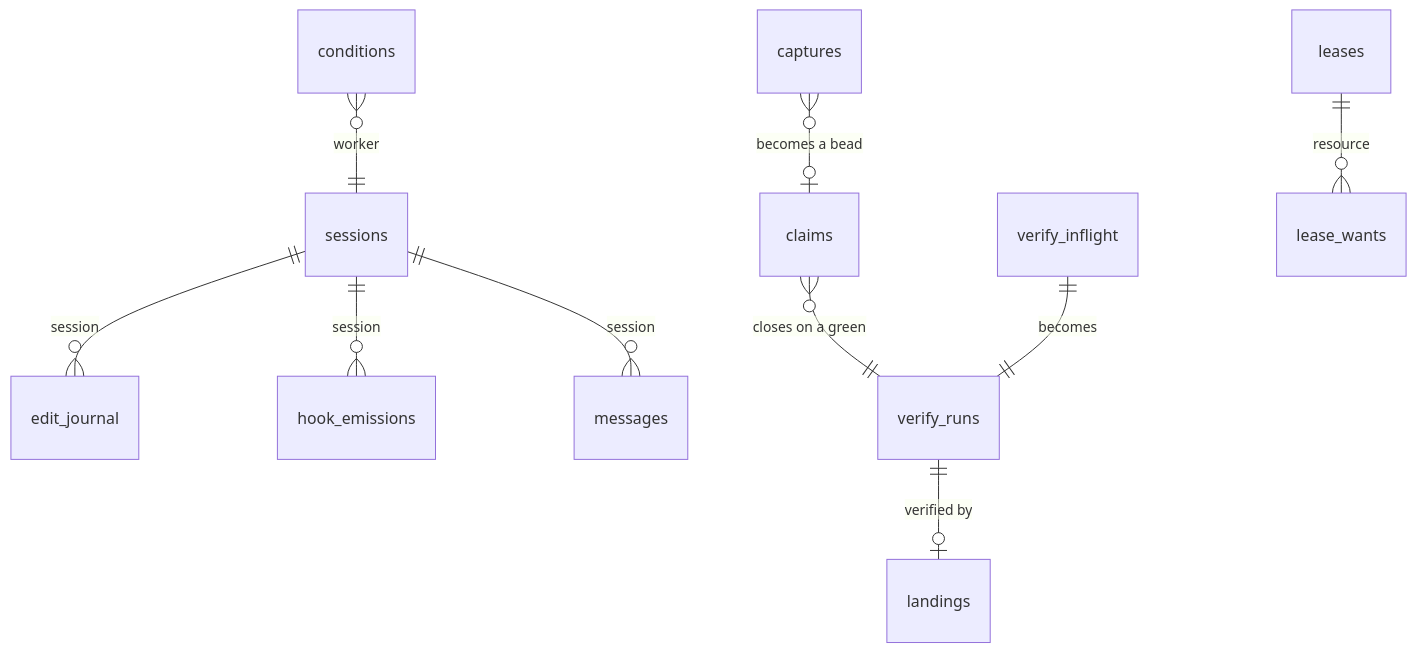
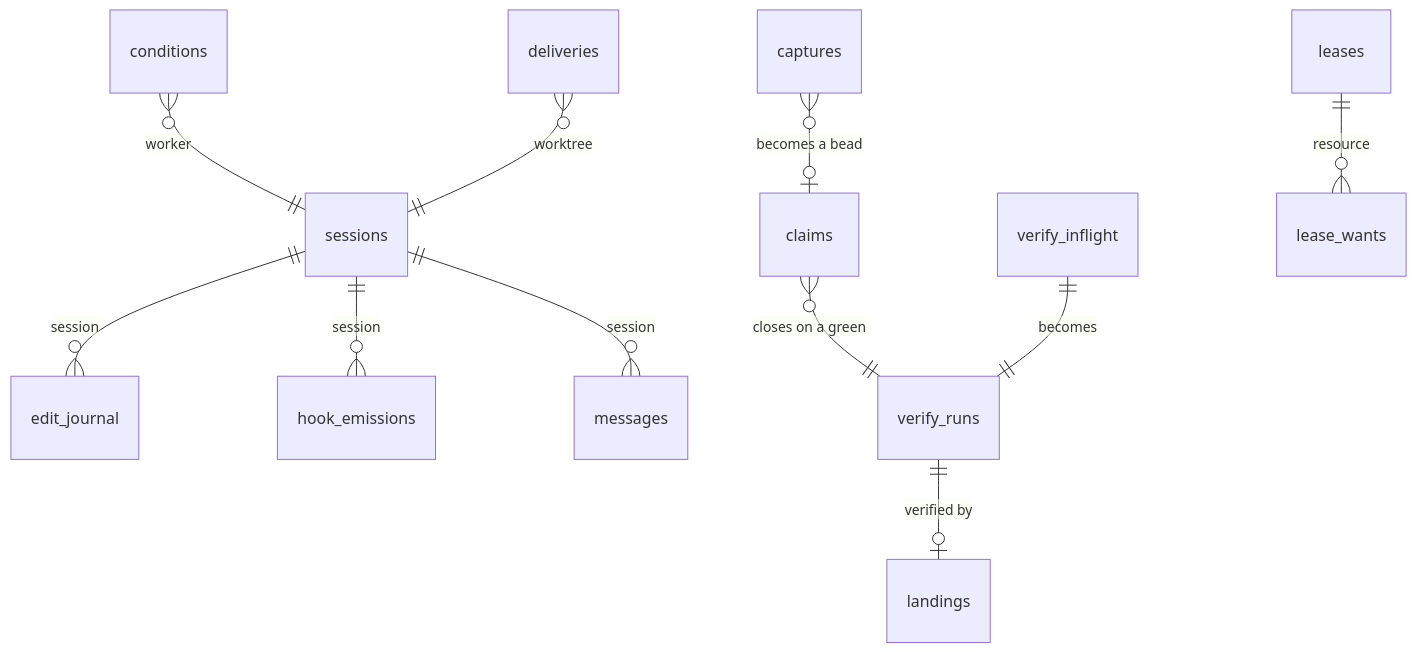
One commit to AJTJ/airunner changed the second of 8 diagrams in docs/design.md. Above: the diagram before and after it, drawn with Mermaid. The commit also changed other lines of this file and 11 other files, not shown here.

````diff
--- a/docs/design.md
+++ b/docs/design.md
@@ -304,12 +313,13 @@
 ```mermaid
 erDiagram
   sessions ||--o{ edit_journal : "session"
   sessions ||--o{ hook_emissions : "session"
   sessions ||--o{ messages : "session"
   claims }o--|| verify_runs : "closes on a green"
   verify_runs ||--o| landings : "verified by"
   verify_inflight ||--|| verify_runs : "becomes"
   captures }o--o| claims : "becomes a bead"
   leases ||--o{ lease_wants : "resource"
   conditions }o--|| sessions : "worker"
+  deliveries }o--|| sessions : "worktree"
 ```
````
